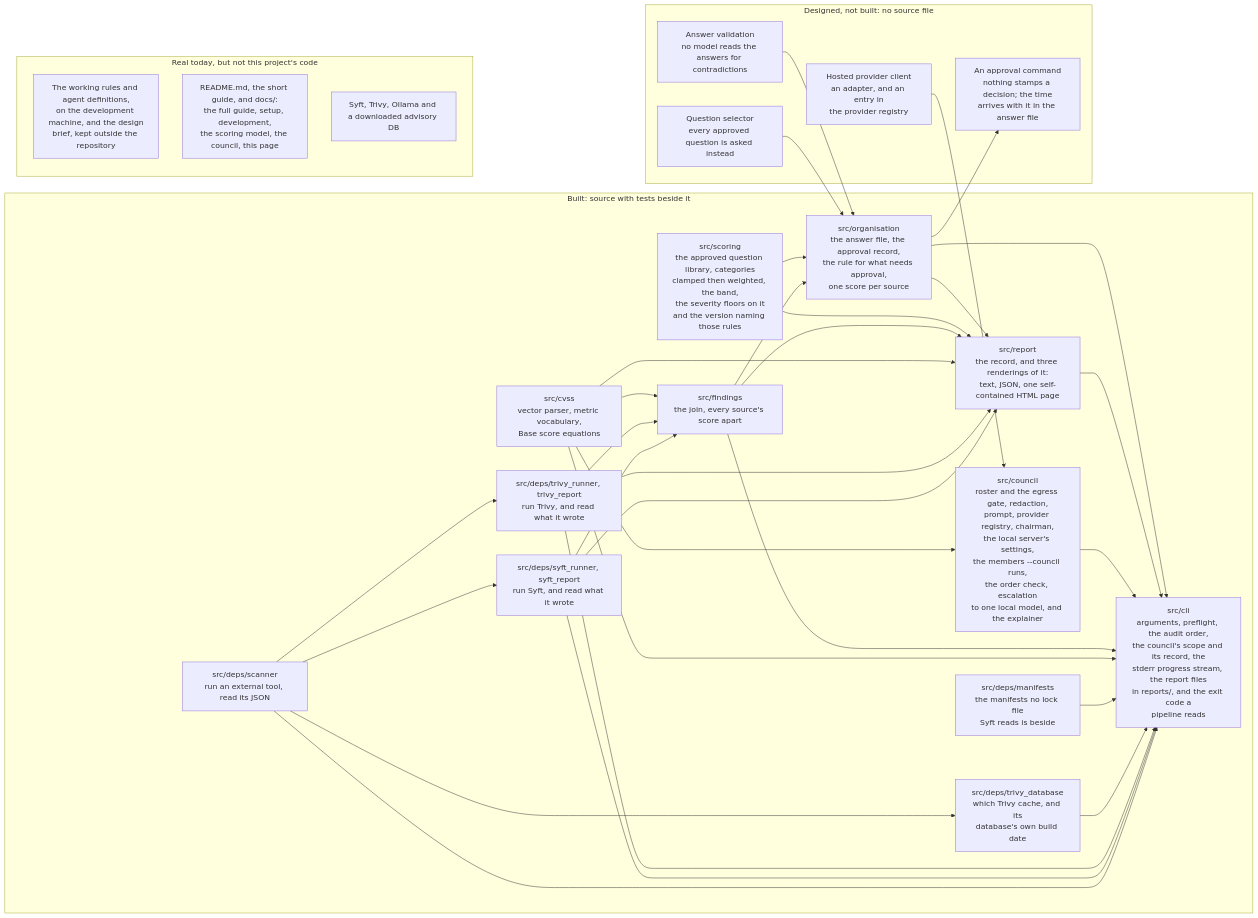
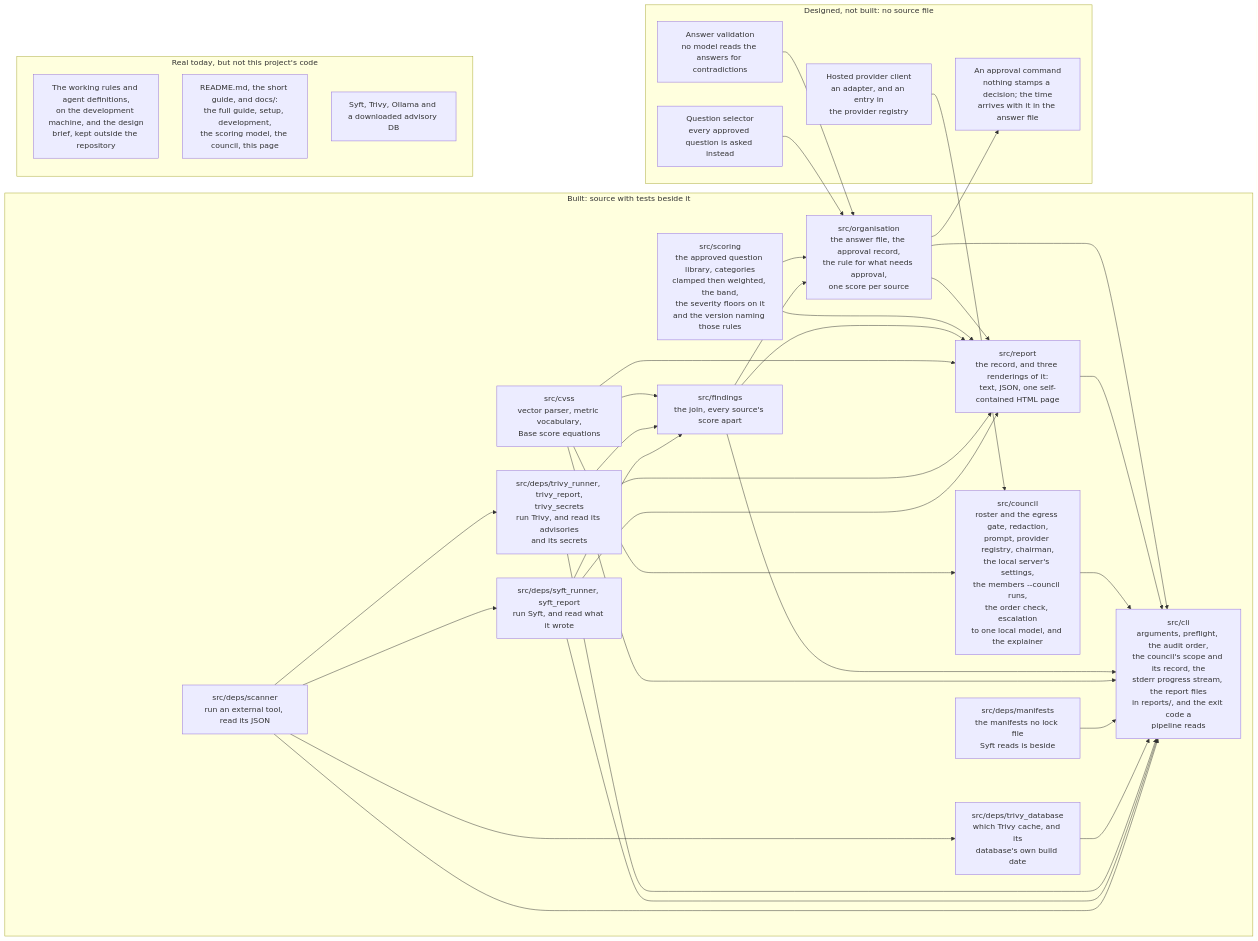
The fifth of 5 diagrams in docs/diagrams.md (heinthtnaung/AgenticLLMAppAuditor), drawn with Mermaid before and after one commit. The commit also changed other lines of this file and 30 other files, not shown here.

Commit message:
Report the secrets Trivy's built-in rules match

````diff
--- a/docs/diagrams.md
+++ b/docs/diagrams.md
@@ -577,60 +585,60 @@
 ```mermaid
 flowchart LR
     subgraph BUILT["Built: source with tests beside it"]
         b0["src/deps/scanner<br/>run an external tool, read its JSON"]
         b1["src/deps/syft_runner, syft_report<br/>run Syft, and read what it wrote"]
-        b2["src/deps/trivy_runner, trivy_report<br/>run Trivy, and read what it wrote"]
+        b2["src/deps/trivy_runner, trivy_report,<br/>trivy_secrets<br/>run Trivy, and read its advisories<br/>and its secrets"]
         b3["src/deps/trivy_database<br/>which Trivy cache, and its<br/>database's own build date"]
         b11["src/deps/manifests<br/>the manifests no lock file<br/>Syft reads is beside"]
         b4["src/cvss<br/>vector parser, metric vocabulary,<br/>Base score equations"]
         b5["src/findings<br/>the join, every source's score apart"]
         b7["src/council<br/>roster and the egress gate, redaction,<br/>prompt, provider registry, chairman,<br/>the local server's settings,<br/>the members --council runs,<br/>the order check, escalation<br/>to one local model, and the explainer"]
         b8["src/report<br/>the record, and three renderings of it:<br/>text, JSON, one self-contained HTML page"]
         b9["src/cli<br/>arguments, preflight, the audit order,<br/>the council's scope and its record, the<br/>stderr progress stream, the report files<br/>in reports/, and the exit code a<br/>pipeline reads"]
         b6["src/scoring<br/>the approved question library, categories<br/>clamped then weighted, the band,<br/>the severity floors on it<br/>and the version naming those rules"]
         b10["src/organisation<br/>the answer file, the approval record,<br/>the rule for what needs approval,<br/>one score per source"]
         b0 --> b1
         b0 --> b2
         b0 --> b3
         b0 --> b9
         b1 --> b5
         b1 --> b8
         b1 --> b9
         b2 --> b5
         b2 --> b8
         b2 --> b9
         b3 --> b9
         b11 --> b9
         b4 --> b5
         b4 --> b7
         b4 --> b8
         b4 --> b9
         b5 --> b8
         b5 --> b9
         b5 --> b10
         b6 --> b8
         b6 --> b10
         b7 --> b9
         b8 --> b9
         b10 --> b8
         b10 --> b9
     end
 
     subgraph UNBUILT["Designed, not built: no source file"]
         d2["Question selector<br/>every approved question is asked instead"]
         d3["Answer validation<br/>no model reads the answers for contradictions"]
         d6["Hosted provider client<br/>an adapter, and an entry in<br/>the provider registry"]
         d12["An approval command<br/>nothing stamps a decision; the time<br/>arrives with it in the answer file"]
     end
 
     d6 --> b7
     d2 --> b10
     d3 --> b10
     b10 --> d12
 
     subgraph REAL["Real today, but not this project's code"]
         x1["The working rules and agent definitions,<br/>on the development machine, and the design<br/>brief, kept outside the repository"]
         x2["README.md, the short guide, and docs/:<br/>the full guide, setup, development,<br/>the scoring model, the council, this page"]
         x4["Syft, Trivy, Ollama and a downloaded advisory DB"]
     end
 ```
````
